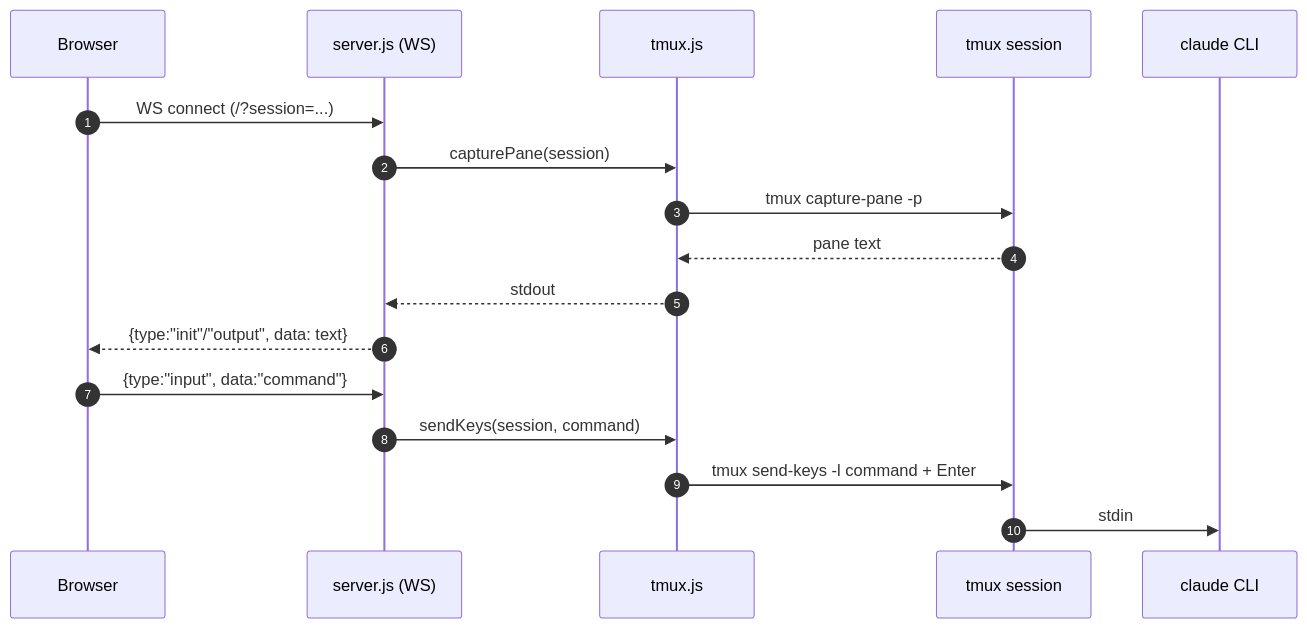
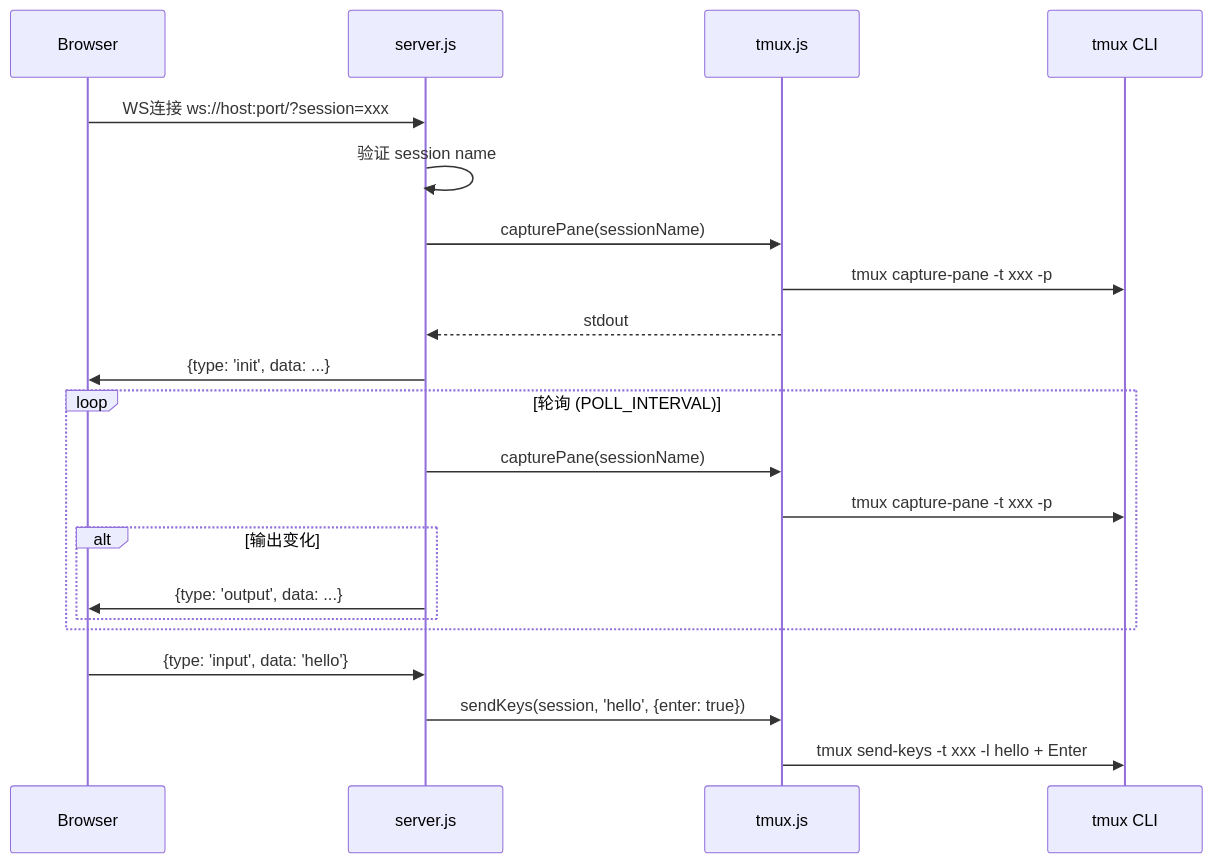
Before and after one commit to jyf2100/cc-web-control: the third of 3 diagrams in docs/repo_review.md, drawn with Mermaid. The commit also changed other lines of this file and 1 other file, not shown here.

````diff
--- a/docs/repo_review.md
+++ b/docs/repo_review.md
@@ -102,21 +164,26 @@
 ```mermaid
 sequenceDiagram
-  autonumber
-  participant U as Browser
-  participant S as server.js (WS)
-  participant T as tmux.js
-  participant M as tmux session
-  participant C as claude CLI
+    participant Browser
+    participant Server as server.js
+    participant TmuxJS as tmux.js
+    participant TmuxCLI as tmux CLI
 
-  U->>S: WS connect (/?session=...)
-  S->>T: capturePane(session)
-  T->>M: tmux capture-pane -p
-  M-->>T: pane text
-  T-->>S: stdout
-  S-->>U: {type:"init"/"output", data: text}
+    Browser->>Server: WS连接 ws://host:port/?session=xxx
+    Server->>Server: 验证 session name
+    Server->>TmuxJS: capturePane(sessionName)
+    TmuxJS->>TmuxCLI: tmux capture-pane -t xxx -p
+    TmuxJS-->>Server: stdout
+    Server->>Browser: {type: 'init', data: ...}
 
-  U->>S: {type:"input", data:"command"}
-  S->>T: sendKeys(session, command)
-  T->>M: tmux send-keys -l command + Enter
-  M->>C: stdin
+    loop 轮询 (POLL_INTERVAL)
+        Server->>TmuxJS: capturePane(sessionName)
+        TmuxJS->>TmuxCLI: tmux capture-pane -t xxx -p
+        alt 输出变化
+            Server->>Browser: {type: 'output', data: ...}
+        end
+    end
+
+    Browser->>Server: {type: 'input', data: 'hello'}
+    Server->>TmuxJS: sendKeys(session, 'hello', {enter: true})
+    TmuxJS->>TmuxCLI: tmux send-keys -t xxx -l hello + Enter
 ```
````
